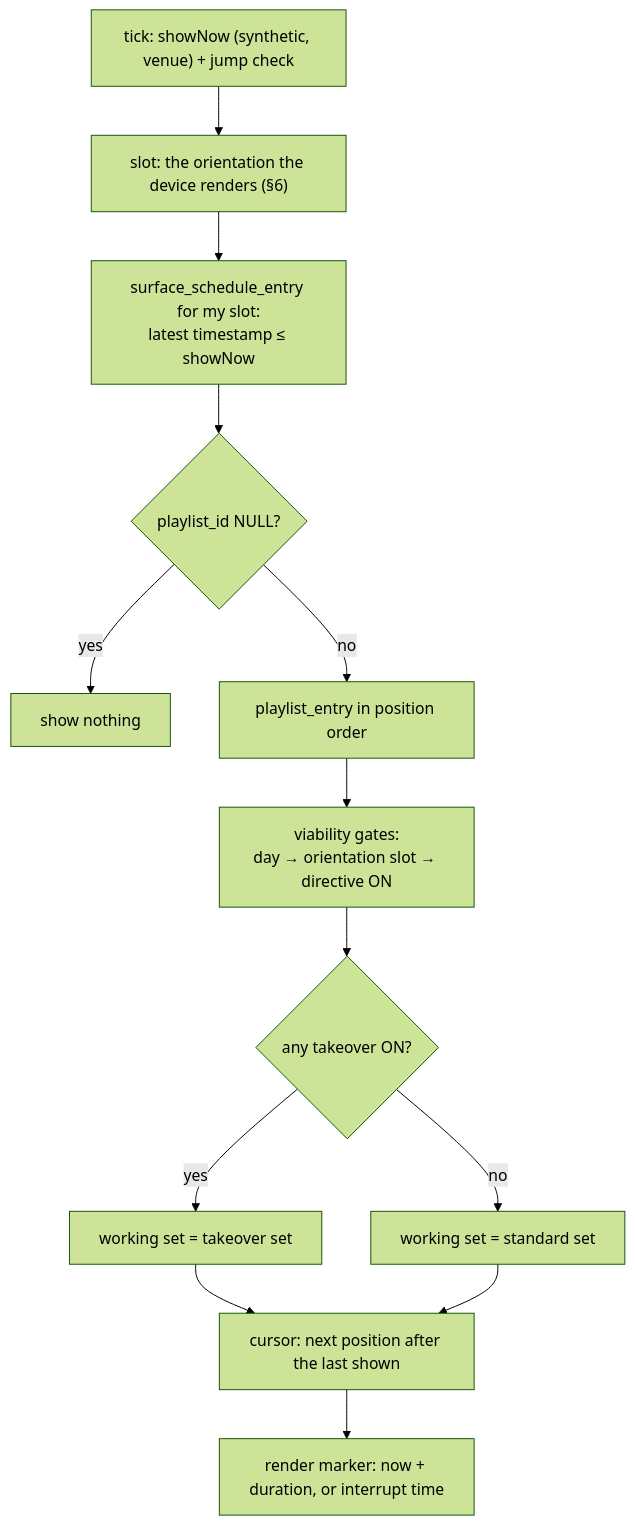
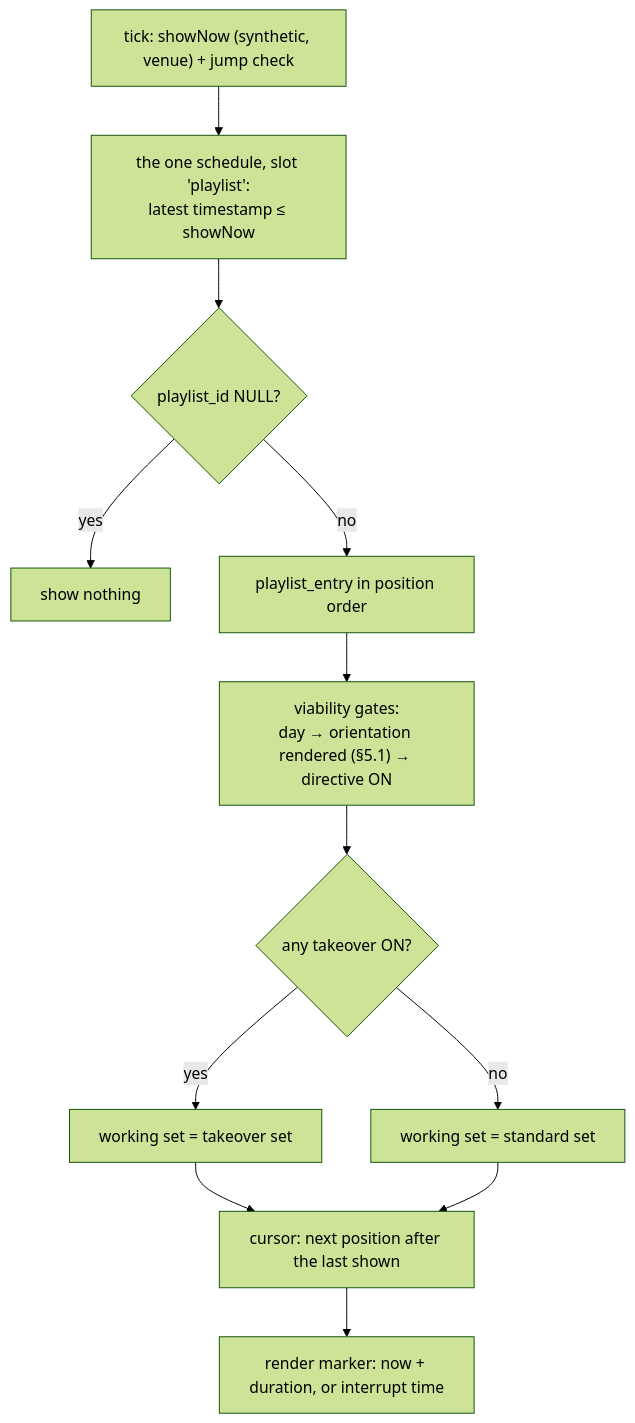
Before and after one commit to Mountain-View-Staging/marquee-cartridge-spec: the second of 3 diagrams in README.md, drawn with Mermaid (forest theme). The commit also changed other lines of this file and 86 other files, not shown here.

````diff
--- a/README.md
+++ b/README.md
@@ -473,15 +485,14 @@
 ```mermaid
 flowchart TD
-    A["tick: showNow (synthetic, venue) + jump check"] --> B["slot: the orientation the device renders (§6)"]
-    B --> C["surface_schedule_entry for my slot:<br/>latest timestamp ≤ showNow"]
+    A["tick: showNow (synthetic, venue) + jump check"] --> C["the one schedule, slot 'playlist':<br/>latest timestamp ≤ showNow"]
     C --> D{"playlist_id NULL?"}
     D -->|yes| E["show nothing"]
     D -->|no| F["playlist_entry in position order"]
-    F --> G["viability gates:<br/>day → orientation slot → directive ON"]
+    F --> G["viability gates:<br/>day → orientation rendered (§5.1) → directive ON"]
     G --> H{"any takeover ON?"}
     H -->|yes| I["working set = takeover set"]
     H -->|no| J["working set = standard set"]
     I --> K["cursor: next position after the last shown"]
     J --> K
     K --> L["render marker: now + duration, or interrupt time"]
 ```
````
